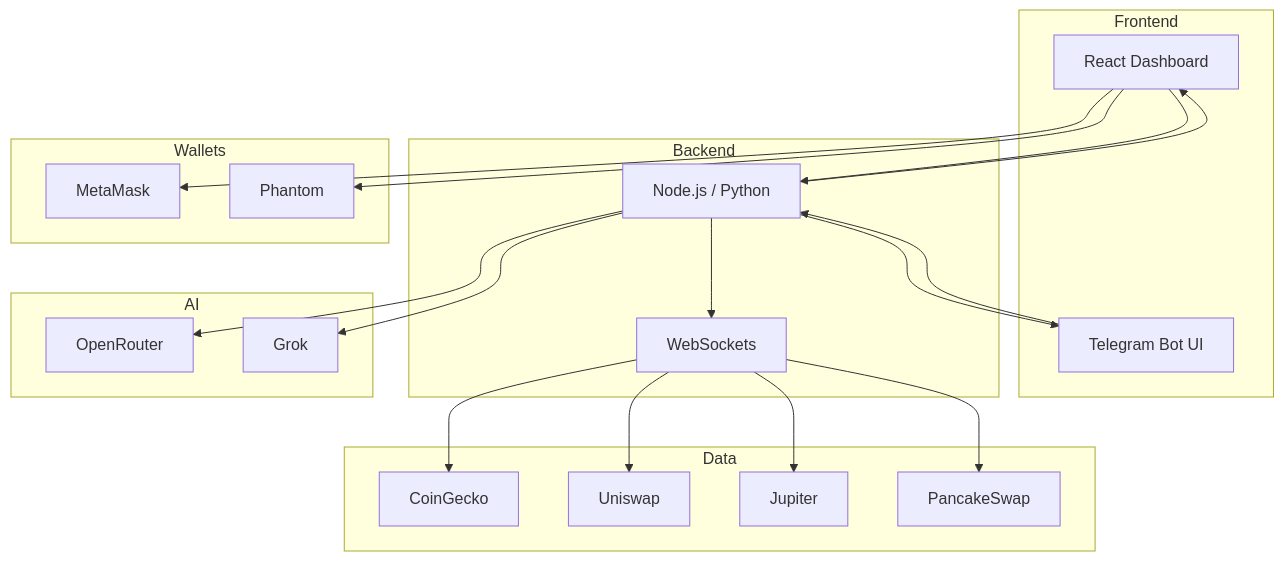
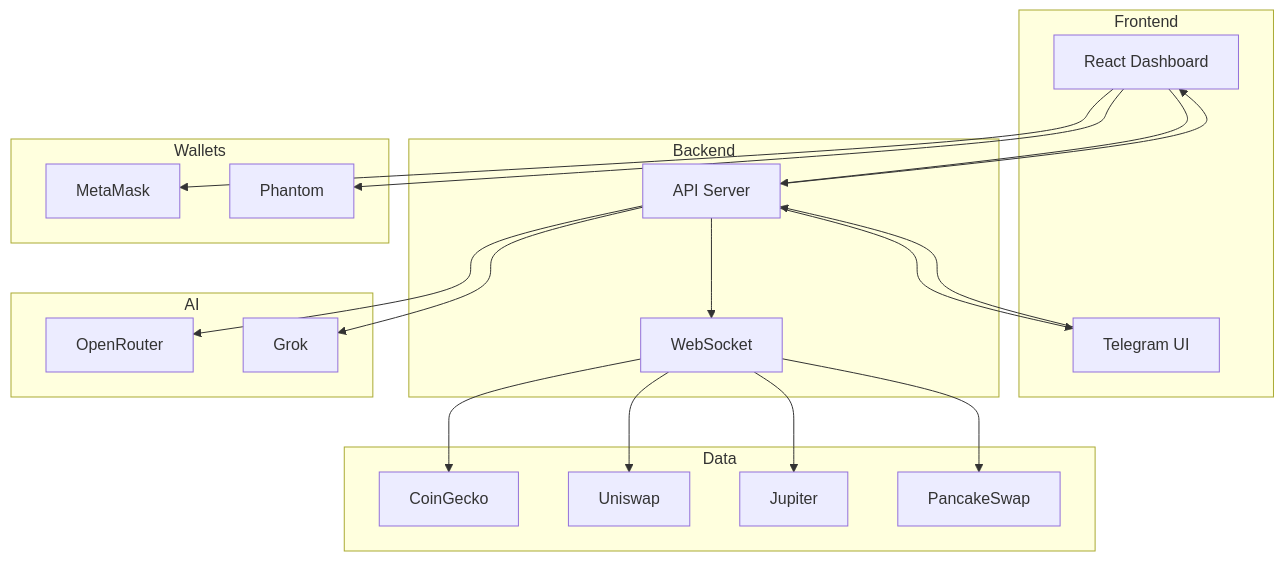
One commit to Himanshujadhav2004/Arbix changed the fourth of 5 diagrams in README.md. Above: the diagram before and after it, drawn with Mermaid. The commit also changed other lines of this file, not shown here.

````diff
--- a/README.md
+++ b/README.md
@@ -128,47 +128,47 @@
 ```mermaid
 flowchart TB
     subgraph Frontend
         A1[React Dashboard]
-        A2[Telegram Bot UI]
+        A2[Telegram UI]
     end
 
     subgraph Backend
-        B1[Node.js / Python]
-        B2[WebSockets]
+        B1[API Server]
+        B2[WebSocket]
     end
 
     subgraph Data
         C1[CoinGecko]
         C2[Uniswap]
         C3[Jupiter]
         C4[PancakeSwap]
     end
 
     subgraph AI
         D1[OpenRouter]
         D2[Grok]
     end
 
     subgraph Wallets
         E1[MetaMask]
         E2[Phantom]
     end
 
     A1 --> B1
     A2 --> B1
 
     B1 --> B2
     B2 --> C1
     B2 --> C2
     B2 --> C3
     B2 --> C4
 
     B1 --> D1
     B1 --> D2
 
     B1 --> A1
     B1 --> A2
 
     A1 --> E1
     A1 --> E2
 ```
````
